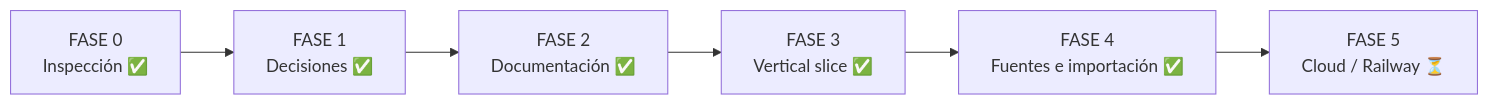
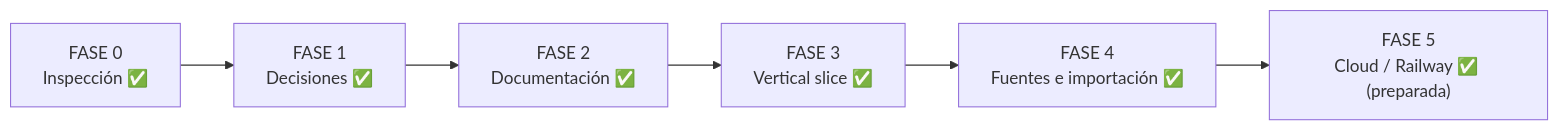
The first of 2 diagrams in docs/ROADMAP.md (JoseALemos/cestaplan), drawn with Mermaid before and after one commit. The commit also changed other lines of this file, not shown here.

Commit message:
docs: ROADMAP marca FASE 5 preparada (deploy pendiente del propietario)

````diff
--- a/docs/ROADMAP.md
+++ b/docs/ROADMAP.md
@@ -22,8 +22,8 @@
 ```mermaid
 flowchart LR
     F0["FASE 0<br/>Inspección ✅"] --> F1["FASE 1<br/>Decisiones ✅"]
     F1 --> F2["FASE 2<br/>Documentación ✅"]
     F2 --> F3["FASE 3<br/>Vertical slice ✅"]
     F3 --> F4["FASE 4<br/>Fuentes e importación ✅"]
-    F4 --> F5["FASE 5<br/>Cloud / Railway ⏳"]
+    F4 --> F5["FASE 5<br/>Cloud / Railway ✅ (preparada)"]
 ```
````
